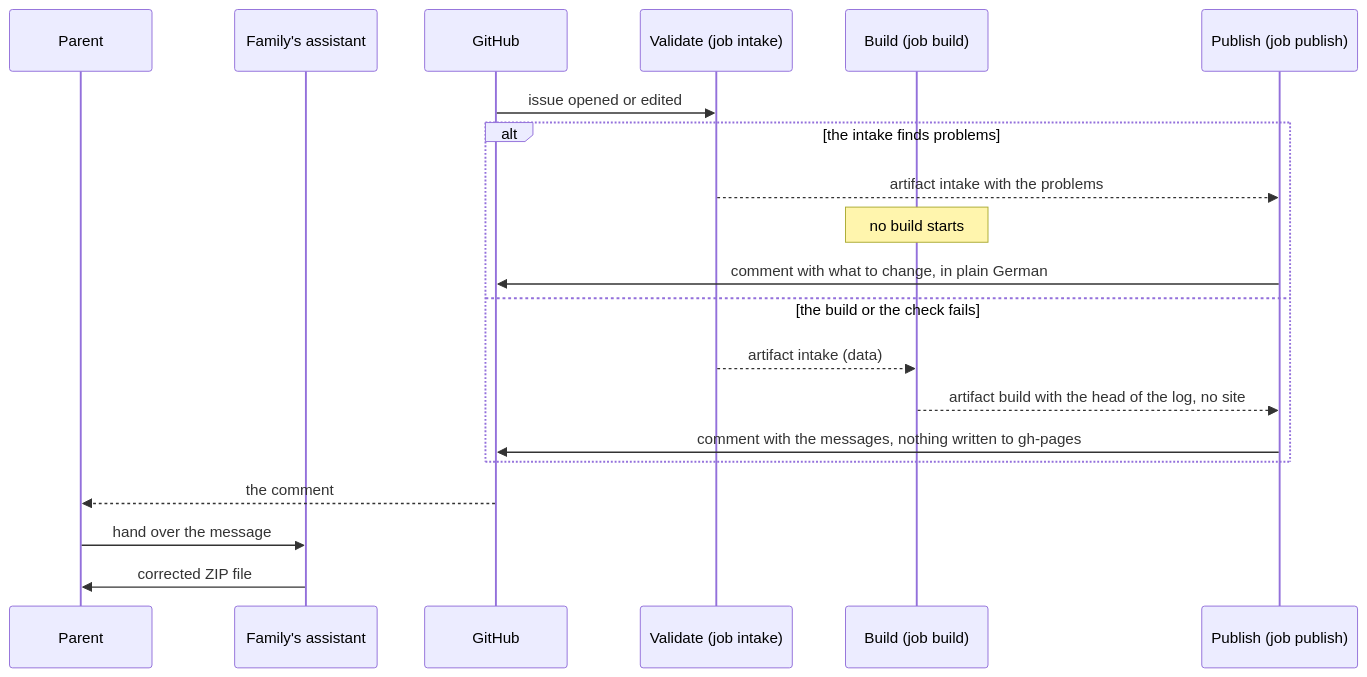
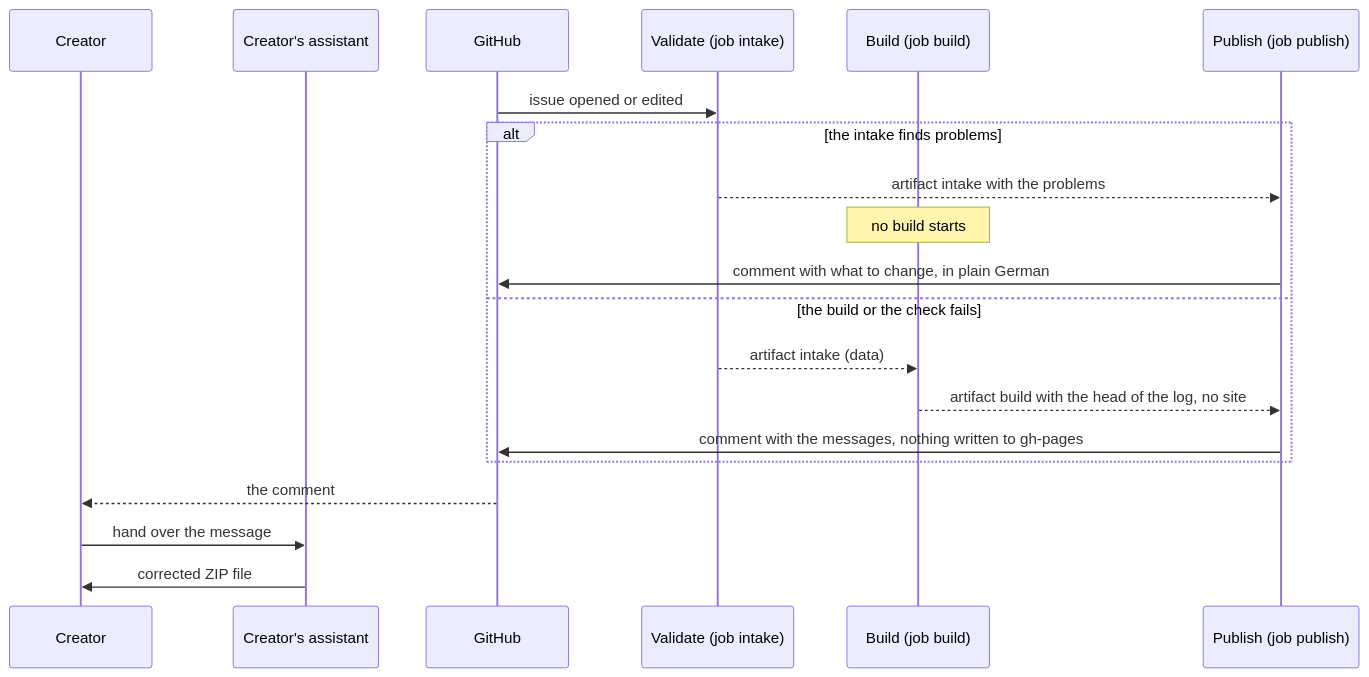
The second of 6 diagrams in docs/arc42/06-runtime-view.arc42.md (lernapps/practice), drawn with Mermaid before and after one commit. The commit also changed other lines of this file and 9 other files, not shown here.

First line of the commit message:
docs(arc42): speak of creator and student as the system architecture does

````diff
--- a/docs/arc42/06-runtime-view.arc42.md
+++ b/docs/arc42/06-runtime-view.arc42.md
@@ -83,22 +83,22 @@
 ```mermaid
 sequenceDiagram
-    participant parent as Parent
-    participant assistant as Family's assistant
+    participant creator as Creator
+    participant assistant as Creator's assistant
     participant github as GitHub
     participant intake as Validate (job intake)
     participant build as Build (job build)
     participant publish as Publish (job publish)
     github->>intake: issue opened or edited
     alt the intake finds problems
         intake-->>publish: artifact intake with the problems
         Note over build: no build starts
         publish->>github: comment with what to change, in plain German
     else the build or the check fails
         intake-->>build: artifact intake (data)
         build-->>publish: artifact build with the head of the log, no site
         publish->>github: comment with the messages, nothing written to gh-pages
     end
-    github-->>parent: the comment
-    parent->>assistant: hand over the message
-    assistant->>parent: corrected ZIP file
+    github-->>creator: the comment
+    creator->>assistant: hand over the message
+    assistant->>creator: corrected ZIP file
 ```
````
